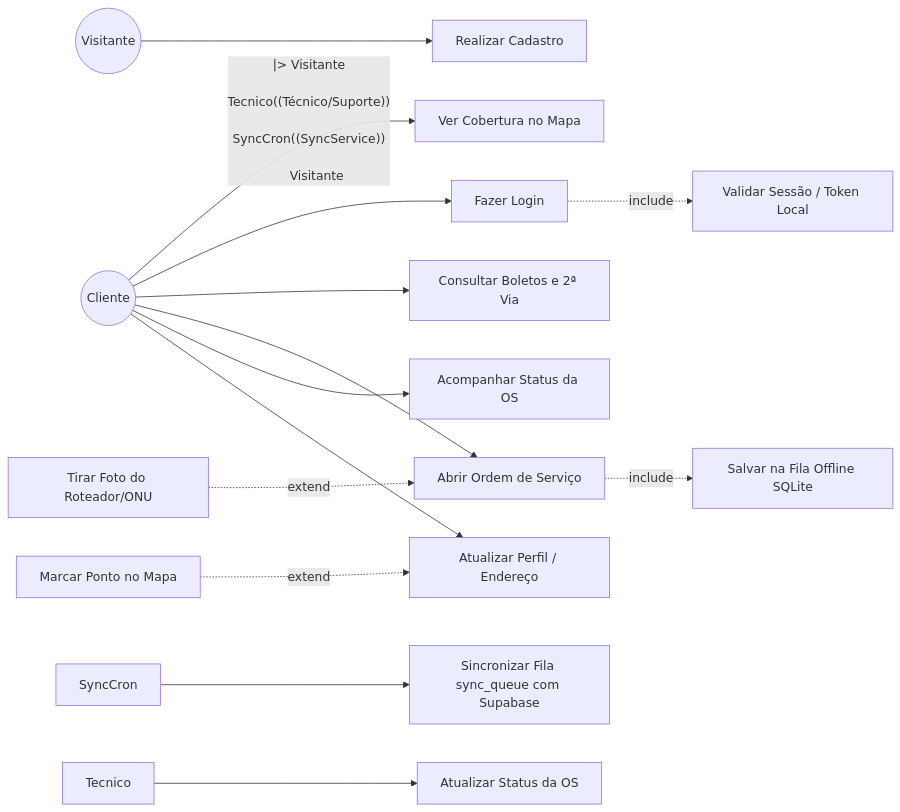
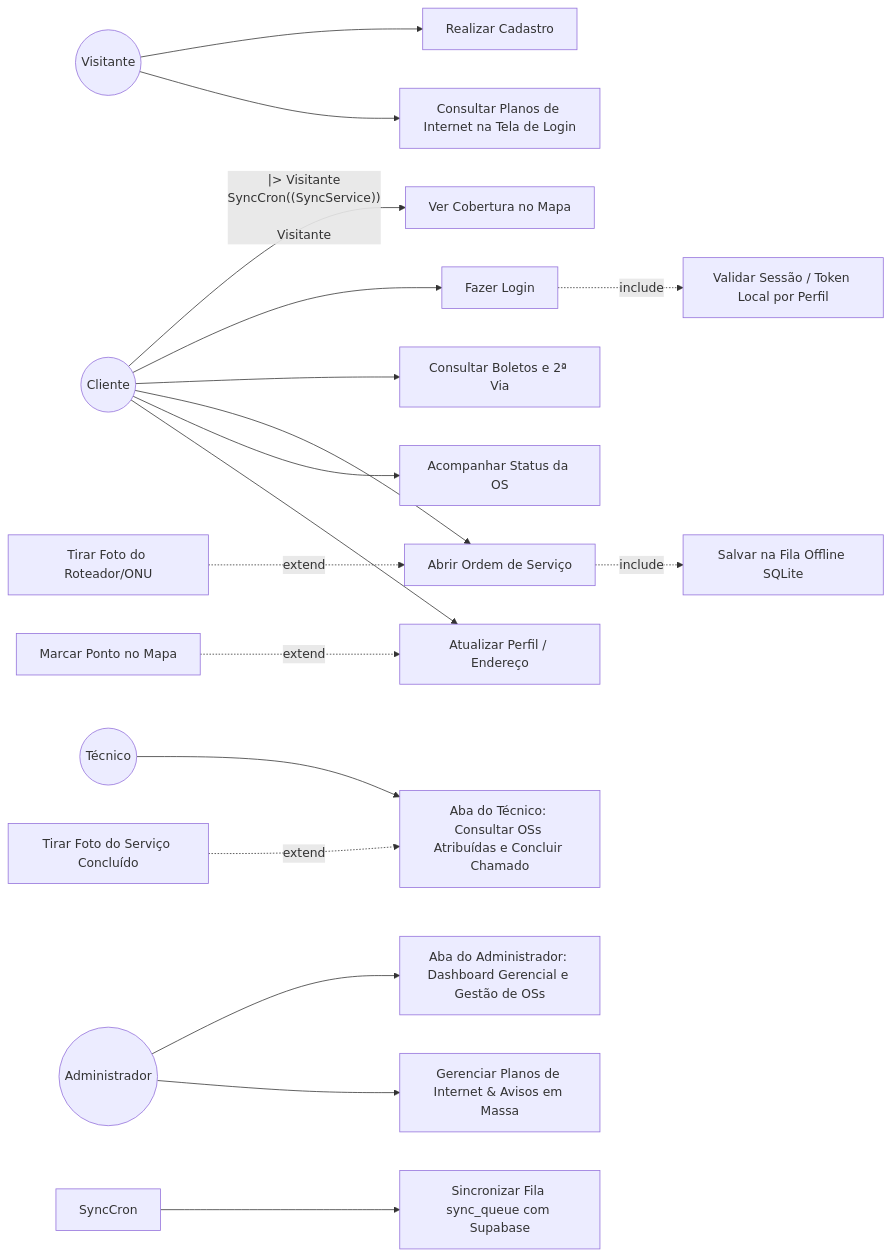
The second of 9 diagrams in docs/proposta-design-software-cjnet.md (jmarques029/APPCJNET), drawn with Mermaid before and after one commit. The commit also changed other lines of this file, not shown here.

Commit message:
docs: acrescentar aba admin, aba tecnico e vitrine de planos na tela de login

````diff
--- a/docs/proposta-design-software-cjnet.md
+++ b/docs/proposta-design-software-cjnet.md
@@ -98,25 +121,32 @@
 ```mermaid
 flowchart LR
     Visitante((Visitante))
     Cliente((Cliente))
+    Tecnico((Técnico))
+    Admin((Administrador))
     Cliente --|> Visitante
-    Tecnico((Técnico/Suporte))
     SyncCron((SyncService))
 
     Visitante --> UC01[Ver Cobertura no Mapa]
     Visitante --> UC02[Realizar Cadastro]
+    Visitante --> UC14[Consultar Planos de Internet na Tela de Login]
+
     Cliente --> UC03[Fazer Login]
     Cliente --> UC04[Consultar Boletos e 2ª Via]
     Cliente --> UC05[Abrir Ordem de Serviço]
     Cliente --> UC06[Acompanhar Status da OS]
     Cliente --> UC07[Atualizar Perfil / Endereço]
 
     UC05 -.include.-> UC08[Salvar na Fila Offline SQLite]
     UC09[Tirar Foto do Roteador/ONU] -.extend.-> UC05
     UC10[Marcar Ponto no Mapa] -.extend.-> UC07
 
+    Tecnico --> UC12[Aba do Técnico: Consultar OSs Atribuídas e Concluir Chamado]
+    UC17[Tirar Foto do Serviço Concluído] -.extend.-> UC12
+
+    Admin --> UC15[Aba do Administrador: Dashboard Gerencial e Gestão de OSs]
+    Admin --> UC16[Gerenciar Planos de Internet & Avisos em Massa]
+
     SyncCron --> UC11[Sincronizar Fila sync_queue com Supabase]
-    Tecnico --> UC12[Atualizar Status da OS]
-
-    UC03 -.include.-> UC13[Validar Sessão / Token Local]
+    UC03 -.include.-> UC13[Validar Sessão / Token Local por Perfil]
 ```
````
